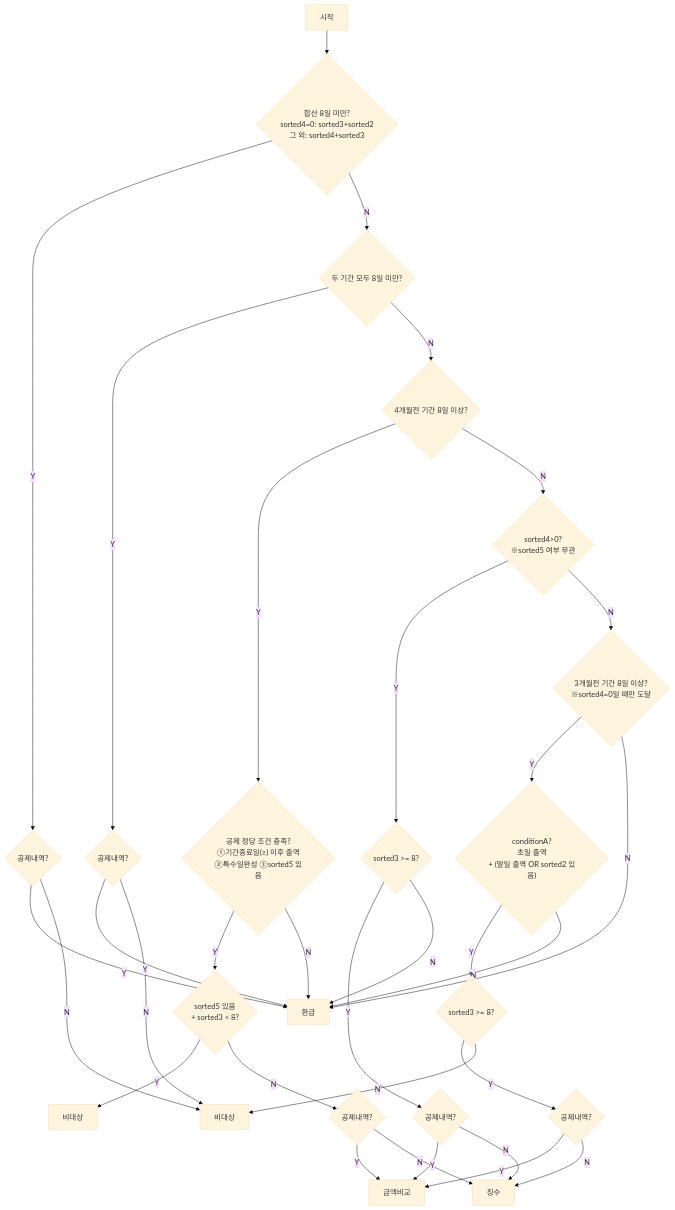
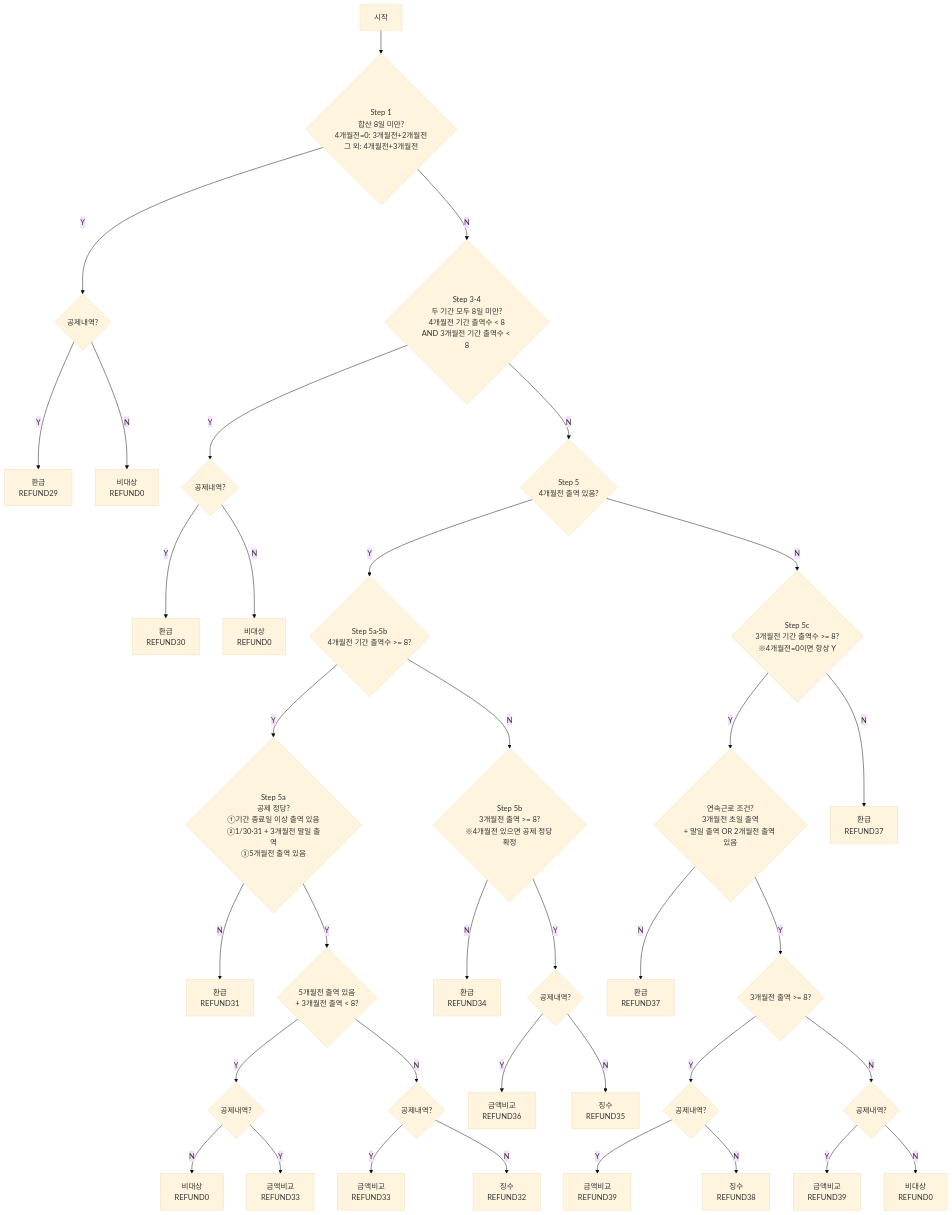
One commit to Qndtl/calendar changed the second of 4 diagrams in docs/health-logic-flowcharts.md. Above: the diagram before and after it, drawn with Mermaid (base theme). The commit also changed other lines of this file, not shown here.

Commit message:
건강보험 플로우차트 수정

````diff
--- a/docs/health-logic-flowcharts.md
+++ b/docs/health-logic-flowcharts.md
@@ -85,34 +85,46 @@
 ```mermaid
 flowchart TD
-    S[시작] --> A{"합산 8일 미만?\nsorted4=0: sorted3+sorted2\n그 외: sorted4+sorted3"}
+    S[시작] --> A
+
+    A{"Step 1<br/>합산 8일 미만?<br/>4개월전=0: 3개월전+2개월전<br/>그 외: 4개월전+3개월전"}
     A -->|Y| A1{"공제내역?"}
-    A1 -->|Y| REF[환급]
-    A1 -->|N| NORE[비대상]
-    A -->|N| B{"두 기간 모두 8일 미만?"}
+    A1 -->|Y| REF29["환급<br/>REFUND29"]
+    A1 -->|N| NORE0a["비대상<br/>REFUND0"]
+
+    A -->|N| B{"Step 3-4<br/>두 기간 모두 8일 미만?<br/>4개월전 기간 출역수 < 8<br/>AND 3개월전 기간 출역수 < 8"}
     B -->|Y| B1{"공제내역?"}
-    B1 -->|Y| REF
-    B1 -->|N| NORE
-    B -->|N| C{"4개월전 기간 8일 이상?"}
-    C -->|Y| C1{"공제 정당 조건 충족?\n①기간종료일(≥) 이후 출역\n②특수일완성 ③sorted5 있음"}
-    C1 -->|Y| C2{"sorted5 있음\n+ sorted3 < 8?"}
-    C1 -->|N| REF
-    C2 -->|Y| PASS1[비대상]
-    C2 -->|N| CCHK{"공제내역?"}
-    CCHK -->|Y| AMT[금액비교]
-    CCHK -->|N| DEDUCT[징수]
-    C -->|N| D{"sorted4>0?\n※sorted5 여부 무관"}
-    D -->|Y| F{"sorted3 >= 8?"}
-    F -->|Y| FCHK{"공제내역?"}
-    FCHK -->|Y| AMT
-    FCHK -->|N| DEDUCT
-    F -->|N| REF
-    D -->|N| E{"3개월전 기간 8일 이상?\n※sorted4=0일 때만 도달"}
-    E -->|Y| E1{"conditionA?\n초일 출역\n+ (말일 출역 OR sorted2 있음)"}
-    E1 -->|Y| E2{"sorted3 >= 8?"}
-    E1 -->|N| REF
-    E2 -->|Y| ECHK{"공제내역?"}
-    E2 -->|N| NORE[비대상]
-    ECHK -->|Y| AMT
-    ECHK -->|N| DEDUCT
-    E -->|N| REF
+    B1 -->|Y| REF30["환급<br/>REFUND30"]
+    B1 -->|N| NORE0b["비대상<br/>REFUND0"]
+
+    B -->|N| C{"Step 5<br/>4개월전 출역 있음?"}
+
+    C -->|Y| D{"Step 5a·5b<br/>4개월전 기간 출역수 >= 8?"}
+
+    D -->|Y| D1{"Step 5a<br/>공제 정당?<br/>①기간 종료일 이상 출역 있음<br/>②1/30·31 + 3개월전 말일 출역<br/>③5개월전 출역 있음"}
+    D1 -->|N| REF31["환급<br/>REFUND31"]
+    D1 -->|Y| D2{"5개월전 출역 있음<br/>+ 3개월전 출역 < 8?"}
+    D2 -->|Y| D2a{"공제내역?"}
+    D2a -->|N| NORE0c["비대상<br/>REFUND0"]
+    D2a -->|Y| AMT33a["금액비교<br/>REFUND33"]
+    D2 -->|N| D3{"공제내역?"}
+    D3 -->|Y| AMT33b["금액비교<br/>REFUND33"]
+    D3 -->|N| DEDUCT32["징수<br/>REFUND32"]
+
+    D -->|N| E{"Step 5b<br/>3개월전 출역 >= 8?<br/>※4개월전 있으면 공제 정당 확정"}
+    E -->|N| REF34["환급<br/>REFUND34"]
+    E -->|Y| E1{"공제내역?"}
+    E1 -->|Y| AMT36["금액비교<br/>REFUND36"]
+    E1 -->|N| DEDUCT35["징수<br/>REFUND35"]
+
+    C -->|N| F{"Step 5c<br/>3개월전 기간 출역수 >= 8?<br/>※4개월전=0이면 항상 Y"}
+    F -->|Y| F1{"연속근로 조건?<br/>3개월전 초일 출역<br/>+ 말일 출역 OR 2개월전 출역 있음"}
+    F1 -->|N| REF37a["환급<br/>REFUND37"]
+    F1 -->|Y| F2{"3개월전 출역 >= 8?"}
+    F2 -->|Y| F3{"공제내역?"}
+    F3 -->|Y| AMT39a["금액비교<br/>REFUND39"]
+    F3 -->|N| DEDUCT38["징수<br/>REFUND38"]
+    F2 -->|N| F2a{"공제내역?"}
+    F2a -->|Y| AMT39b["금액비교<br/>REFUND39"]
+    F2a -->|N| NORE0d["비대상<br/>REFUND0"]
+    F -->|N| REF37b["환급<br/>REFUND37"]
 ```
````
